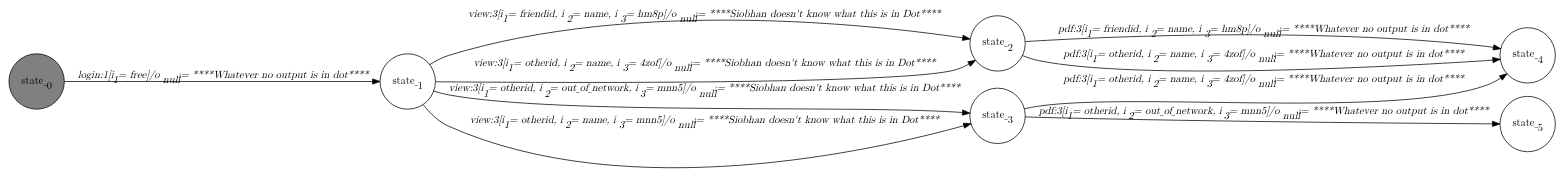
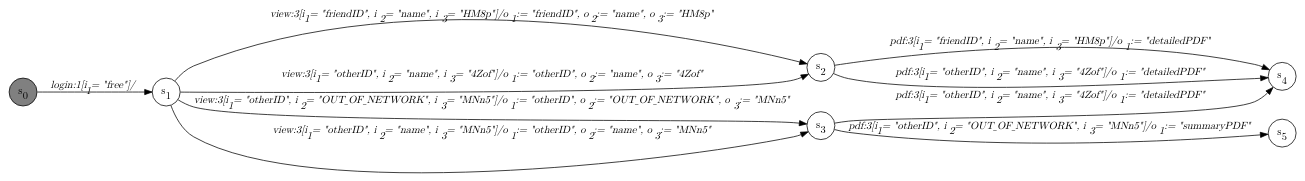
One commit to jmafoster1/efsm-sal changed the diagram in dotfiles/LinkedInLTL.dot. Above: the diagram before and after it, drawn with Graphviz. The commit also changed 21 other files, not shown here.

```diff
--- a/dotfiles/LinkedInLTL.dot
+++ b/dotfiles/LinkedInLTL.dot
@@ -1,22 +1,22 @@
 digraph LinkedInLTL{
    graph [rankdir="LR", fontname="Latin Modern Math"];
    node [color="black", fillcolor="white", shape="circle", style="filled", fontname="Latin Modern Math"];
    edge [fontname="Latin Modern Math"];
 
-   State_0[fillcolor="gray", label=<state_<sub>0</sub>>];
-   State_1[label=<state_<sub>1</sub>>];
-   State_2[label=<state_<sub>2</sub>>];
-   State_3[label=<state_<sub>3</sub>>];
-   State_4[label=<state_<sub>4</sub>>];
-   State_5[label=<state_<sub>5</sub>>];
+   s0[fillcolor="gray", label=<s<sub>0</sub>>];
+   s1[label=<s<sub>1</sub>>];
+   s2[label=<s<sub>2</sub>>];
+   s3[label=<s<sub>3</sub>>];
+   s4[label=<s<sub>4</sub>>];
+   s5[label=<s<sub>5</sub>>];
 
-   State_0->State_1[label=<<i>login:1&#91;i<sub>1</sub> = free&#93;/o<sub>null</sub> := ****Whatever no output is in dot****</i>>];
-   State_1->State_2[label=<<i>view:3&#91;i<sub>1</sub> = friendid, i<sub>2</sub> = name, i<sub>3</sub> = hm8p&#93;/o<sub>null</sub> := ****Siobhan doesn't know what this is in Dot****</i>>];
-   State_1->State_2[label=<<i>view:3&#91;i<sub>1</sub> = otherid, i<sub>2</sub> = name, i<sub>3</sub> = 4zof&#93;/o<sub>null</sub> := ****Siobhan doesn't know what this is in Dot****</i>>];
-   State_1->State_3[label=<<i>view:3&#91;i<sub>1</sub> = otherid, i<sub>2</sub> = out_of_network, i<sub>3</sub> = mnn5&#93;/o<sub>null</sub> := ****Siobhan doesn't know what this is in Dot****</i>>];
-   State_1->State_3[label=<<i>view:3&#91;i<sub>1</sub> = otherid, i<sub>2</sub> = name, i<sub>3</sub> = mnn5&#93;/o<sub>null</sub> := ****Siobhan doesn't know what this is in Dot****</i>>];
-   State_2->State_4[label=<<i>pdf:3&#91;i<sub>1</sub> = friendid, i<sub>2</sub> = name, i<sub>3</sub> = hm8p&#93;/o<sub>null</sub> := ****Whatever no output is in dot****</i>>];
-   State_3->State_4[label=<<i>pdf:3&#91;i<sub>1</sub> = otherid, i<sub>2</sub> = name, i<sub>3</sub> = 4zof&#93;/o<sub>null</sub> := ****Whatever no output is in dot****</i>>];
-   State_2->State_4[label=<<i>pdf:3&#91;i<sub>1</sub> = otherid, i<sub>2</sub> = name, i<sub>3</sub> = 4zof&#93;/o<sub>null</sub> := ****Whatever no output is in dot****</i>>];
-   State_3->State_5[label=<<i>pdf:3&#91;i<sub>1</sub> = otherid, i<sub>2</sub> = out_of_network, i<sub>3</sub> = mnn5&#93;/o<sub>null</sub> := ****Whatever no output is in dot****</i>>];
+   s0->s1[label=<<i>login:1&#91;i<sub>1</sub> = "free"&#93;/</i>>];
+   s1->s2[label=<<i>view:3&#91;i<sub>1</sub> = "friendID", i<sub>2</sub> = "name", i<sub>3</sub> = "HM8p"&#93;/o<sub>1</sub> := "friendID", o<sub>2</sub> := "name", o<sub>3</sub> := "HM8p"</i>>];
+   s1->s2[label=<<i>view:3&#91;i<sub>1</sub> = "otherID", i<sub>2</sub> = "name", i<sub>3</sub> = "4Zof"&#93;/o<sub>1</sub> := "otherID", o<sub>2</sub> := "name", o<sub>3</sub> := "4Zof"</i>>];
+   s1->s3[label=<<i>view:3&#91;i<sub>1</sub> = "otherID", i<sub>2</sub> = "OUT_OF_NETWORK", i<sub>3</sub> = "MNn5"&#93;/o<sub>1</sub> := "otherID", o<sub>2</sub> := "OUT_OF_NETWORK", o<sub>3</sub> := "MNn5"</i>>];
+   s1->s3[label=<<i>view:3&#91;i<sub>1</sub> = "otherID", i<sub>2</sub> = "name", i<sub>3</sub> = "MNn5"&#93;/o<sub>1</sub> := "otherID", o<sub>2</sub> := "name", o<sub>3</sub> := "MNn5"</i>>];
+   s2->s4[label=<<i>pdf:3&#91;i<sub>1</sub> = "friendID", i<sub>2</sub> = "name", i<sub>3</sub> = "HM8p"&#93;/o<sub>1</sub> := "detailedPDF"</i>>];
+   s3->s4[label=<<i>pdf:3&#91;i<sub>1</sub> = "otherID", i<sub>2</sub> = "name", i<sub>3</sub> = "4Zof"&#93;/o<sub>1</sub> := "detailedPDF"</i>>];
+   s2->s4[label=<<i>pdf:3&#91;i<sub>1</sub> = "otherID", i<sub>2</sub> = "name", i<sub>3</sub> = "4Zof"&#93;/o<sub>1</sub> := "detailedPDF"</i>>];
+   s3->s5[label=<<i>pdf:3&#91;i<sub>1</sub> = "otherID", i<sub>2</sub> = "OUT_OF_NETWORK", i<sub>3</sub> = "MNn5"&#93;/o<sub>1</sub> := "summaryPDF"</i>>];
 }
```
